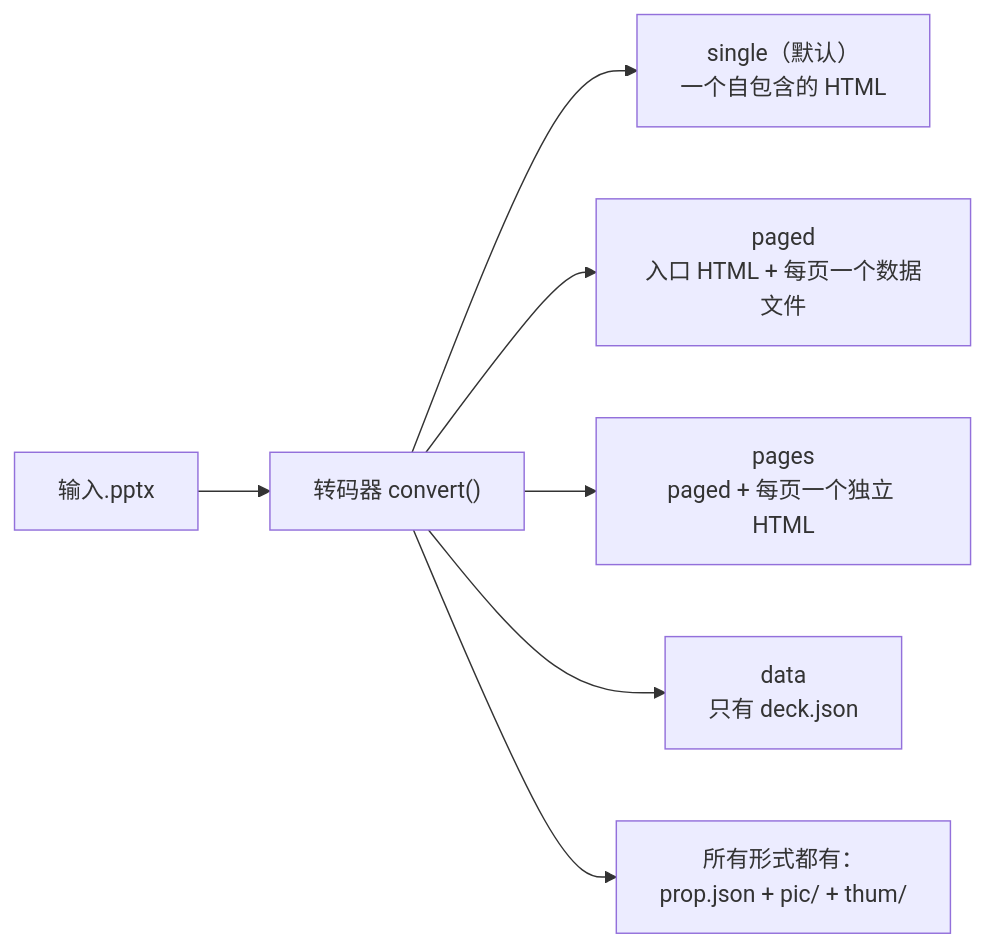
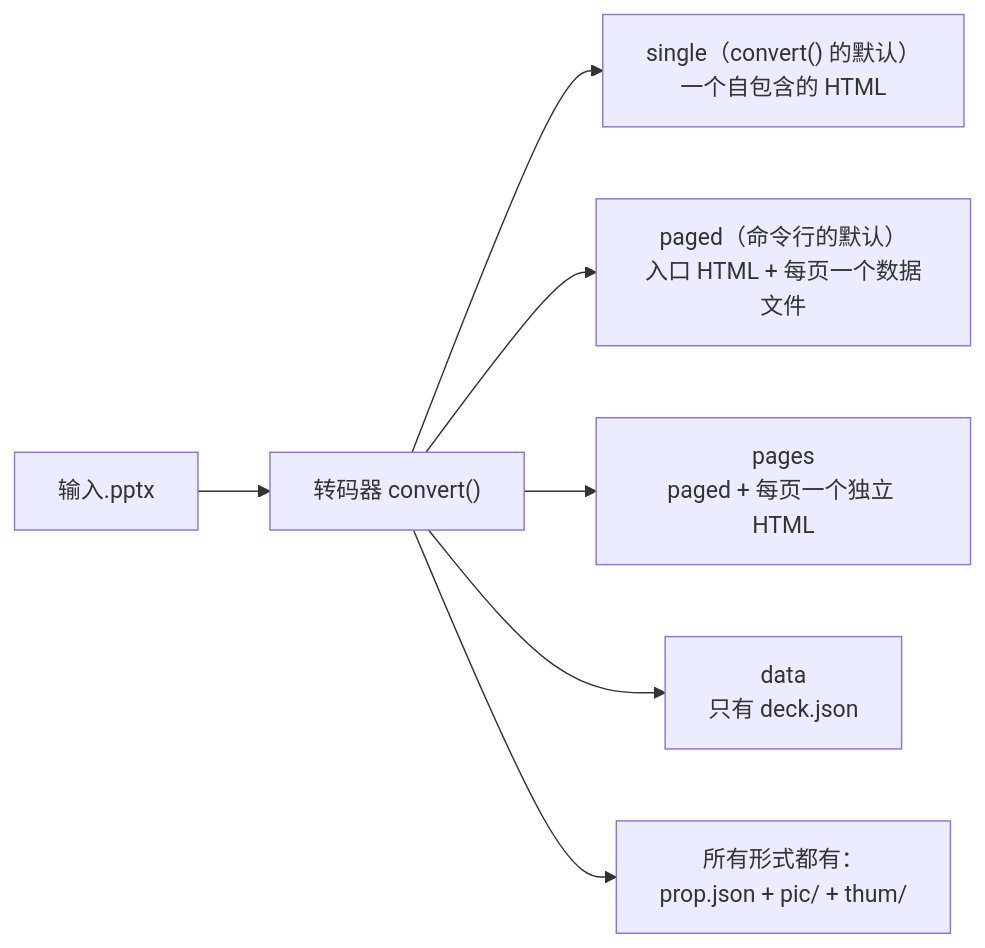
Before and after one commit to spitmaster/unppt: the first of 3 diagrams in docs/zh/output-format.md, drawn with Mermaid. The commit also changed other lines of this file and 1 other file, not shown here.

Commit message:
docs: 产物格式——版本号 0.3.1；single 是 convert() 的默认、paged 是命令行的默认，主文件名按现在的输出位置写（index.html / deck.json）

````diff
--- a/docs/zh/output-format.md
+++ b/docs/zh/output-format.md
@@ -50,9 +50,9 @@
 ```mermaid
 flowchart LR
   pptx["输入.pptx"] --> conv["转码器 convert()"]
-  conv --> single["single（默认）<br/>一个自包含的 HTML"]
-  conv --> paged["paged<br/>入口 HTML + 每页一个数据文件"]
+  conv --> single["single（convert() 的默认）<br/>一个自包含的 HTML"]
+  conv --> paged["paged（命令行的默认）<br/>入口 HTML + 每页一个数据文件"]
   conv --> pages["pages<br/>paged + 每页一个独立 HTML"]
   conv --> data["data<br/>只有 deck.json"]
   conv --> prop["所有形式都有：<br/>prop.json + pic/ + thum/"]
 ```
````
